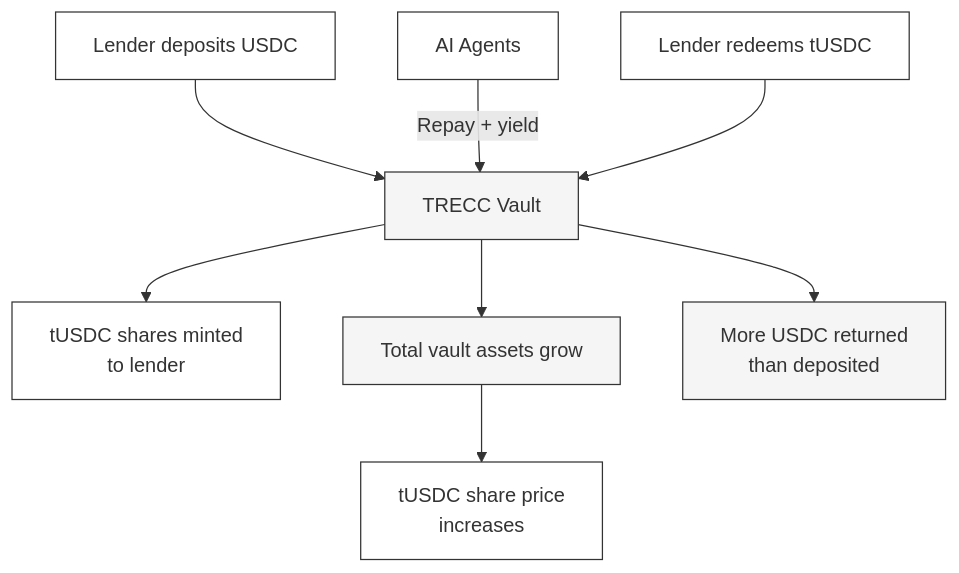
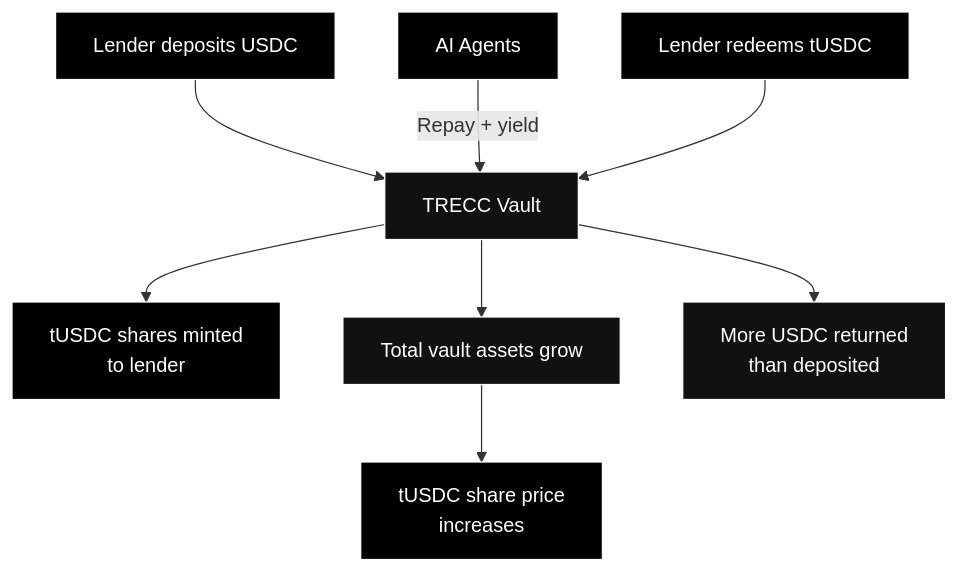
The first of 2 diagrams in concepts/the-vault.mdx (TRECC-eth/docs), drawn with Mermaid before and after one commit. The commit also changed other lines of this file and 12 other files, not shown here.

Commit message:
changed diagram colours

````diff
--- a/concepts/the-vault.mdx
+++ b/concepts/the-vault.mdx
@@ -17,19 +17,19 @@
 ```mermaid
 graph TD
     DEP[Lender deposits USDC] --> VAULT[TRECC Vault]
     VAULT --> SHARES[tUSDC shares minted<br/>to lender]
     AGENTS[AI Agents] -->|Repay + yield| VAULT
     VAULT --> VALUE[Total vault assets grow]
     VALUE --> PRICE[tUSDC share price<br/>increases]
     REDEEM[Lender redeems tUSDC] --> VAULT
     VAULT --> USDC[More USDC returned<br/>than deposited]
 
-    style DEP fill:#ffffff,stroke:#333333
-    style VAULT fill:#f5f5f5,stroke:#333333
-    style SHARES fill:#ffffff,stroke:#333333
-    style AGENTS fill:#ffffff,stroke:#333333
-    style VALUE fill:#f5f5f5,stroke:#333333
-    style PRICE fill:#ffffff,stroke:#333333
-    style REDEEM fill:#ffffff,stroke:#333333
-    style USDC fill:#f5f5f5,stroke:#333333
+    style DEP fill:#000000,stroke:#ffffff,color:#ffffff
+    style VAULT fill:#111111,stroke:#ffffff,color:#ffffff
+    style SHARES fill:#000000,stroke:#ffffff,color:#ffffff
+    style AGENTS fill:#000000,stroke:#ffffff,color:#ffffff
+    style VALUE fill:#111111,stroke:#ffffff,color:#ffffff
+    style PRICE fill:#000000,stroke:#ffffff,color:#ffffff
+    style REDEEM fill:#000000,stroke:#ffffff,color:#ffffff
+    style USDC fill:#111111,stroke:#ffffff,color:#ffffff
 ```
````
